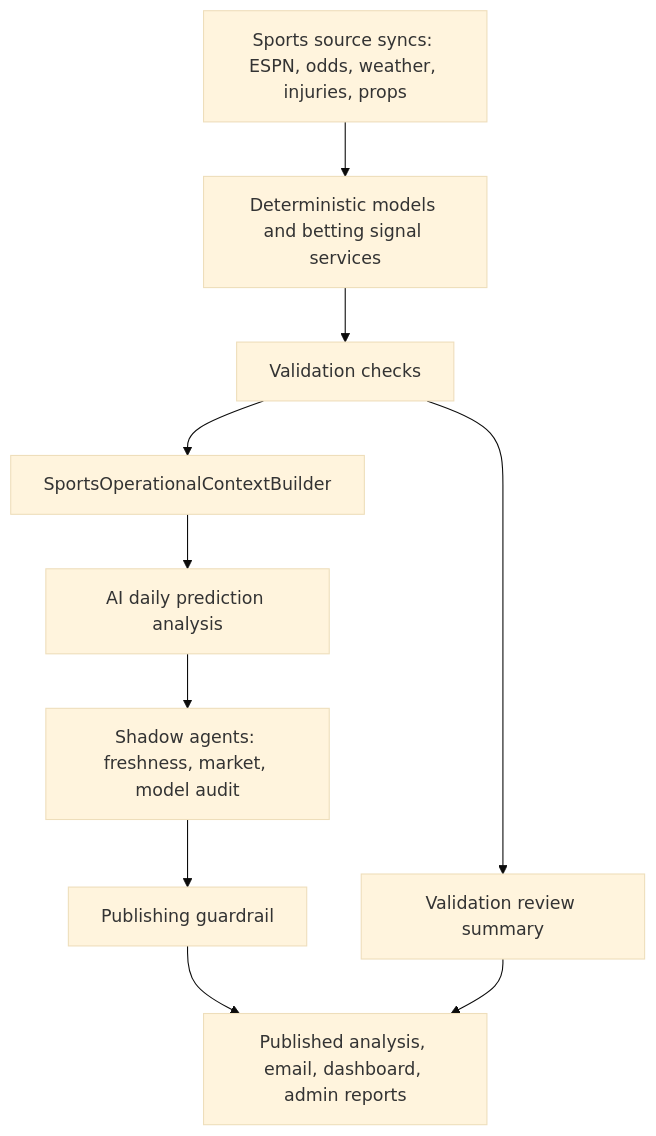
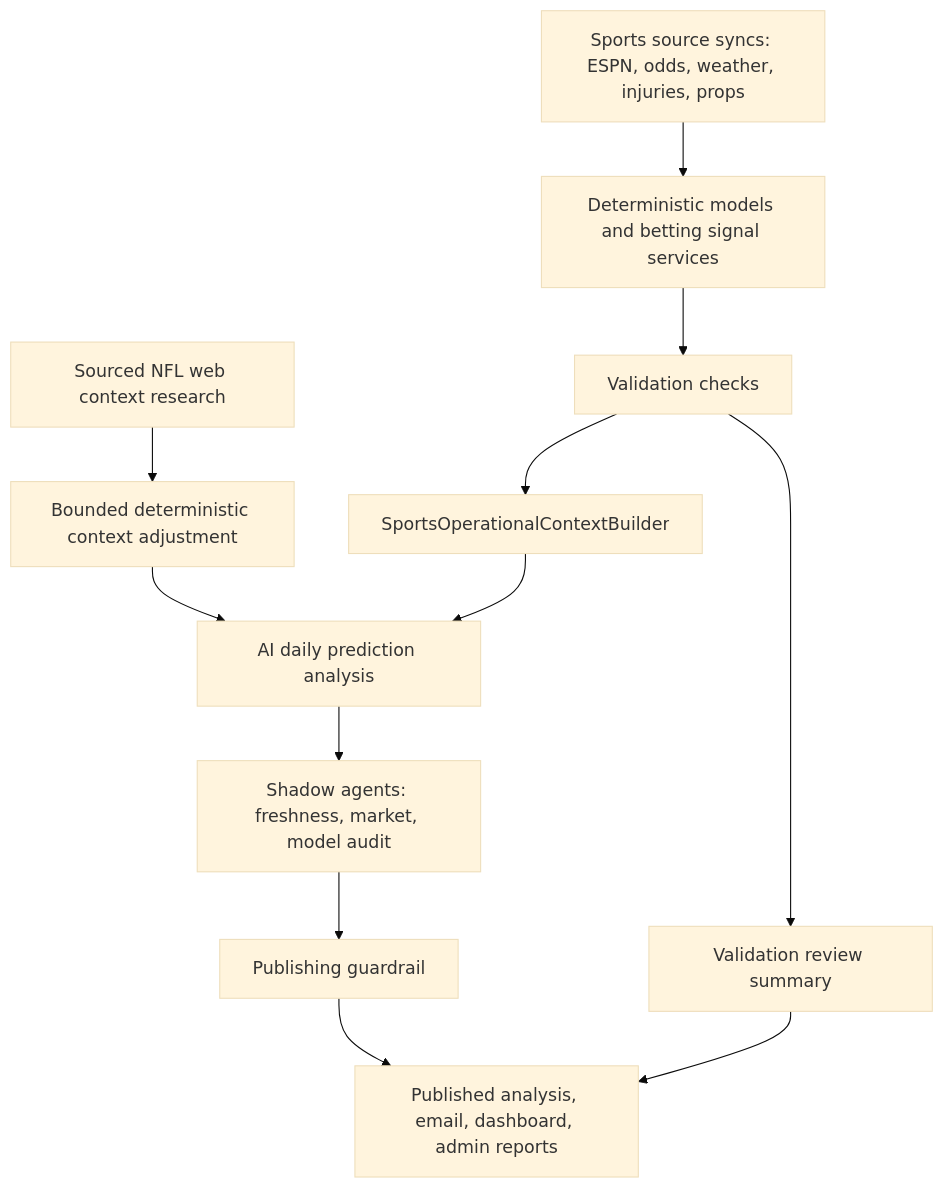
Before and after one commit to Christbey/picksports: the diagram in docs/agents-and-operations.md, drawn with Mermaid (base theme). The commit also changed other lines of this file and 468 other files, not shown here.

````diff
--- a/docs/agents-and-operations.md
+++ b/docs/agents-and-operations.md
@@ -47,12 +48,14 @@
 ```mermaid
 flowchart TD
     A["Sports source syncs: ESPN, odds, weather, injuries, props"] --> B["Deterministic models and betting signal services"]
+    W["Sourced NFL web context research"] --> X["Bounded deterministic context adjustment"]
     B --> C["Validation checks"]
     C --> D["SportsOperationalContextBuilder"]
+    X --> E
     D --> E["AI daily prediction analysis"]
     E --> F["Shadow agents: freshness, market, model audit"]
     F --> G["Publishing guardrail"]
     G --> H["Published analysis, email, dashboard, admin reports"]
     C --> I["Validation review summary"]
     I --> H
 ```
````
